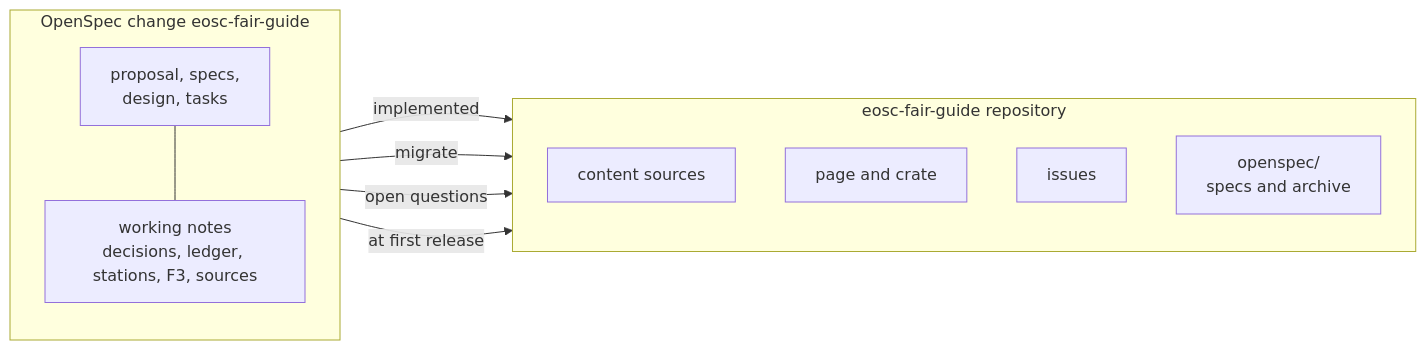
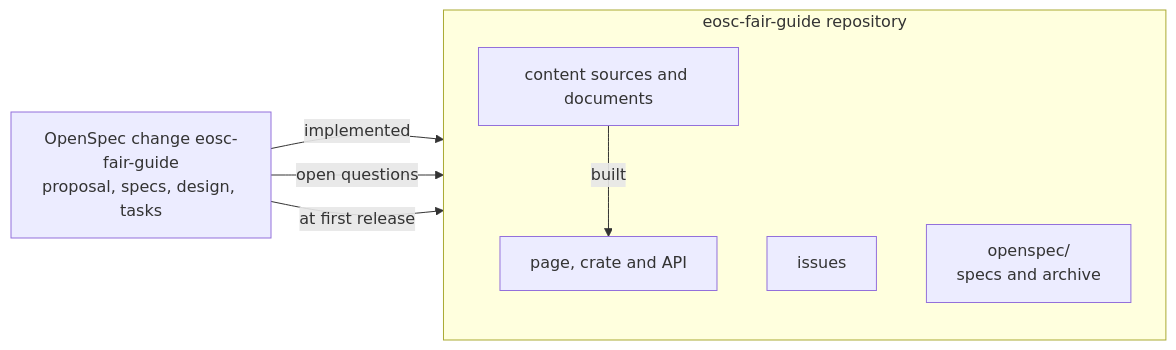
One commit to dsw-nrp/eosc-fair-guide changed the second of 7 diagrams in docs/design.md. Above: the diagram before and after it, drawn with Mermaid. The commit also changed other lines of this file and 298 other files, not shown here.

````diff
--- a/docs/design.md
+++ b/docs/design.md
@@ -98,22 +96,17 @@
 ```mermaid
 flowchart LR
   accTitle: Planning record
-  accDescr: The OpenSpec change and its working notes feed this repository. The notes become content sources and issues, and at the first release the specs and the archived change move into the openspec folder here.
-  subgraph PLAN["OpenSpec change eosc-fair-guide"]
-    direction TB
-    CH["proposal, specs,<br/>design, tasks"]
-    NOTES["working notes<br/>decisions, ledger, stations, F3, sources"]
-    CH --- NOTES
-  end
+  accDescr: The OpenSpec change is implemented in this repository's content, code and documents; its open questions become issues; at the first release its specs and archive move into the openspec folder here.
+  CH["OpenSpec change eosc-fair-guide<br/>proposal, specs, design, tasks"]
   subgraph TOOL["eosc-fair-guide repository"]
     direction TB
-    SRC[content sources]
-    PAGE[page and crate]
+    SRC[content sources and documents]
+    PAGE[page, crate and API]
     ISS[issues]
     OS["openspec/<br/>specs and archive"]
   end
-  CH -- implemented --> PAGE
-  NOTES -- migrate --> SRC
-  NOTES -- open questions --> ISS
+  CH -- implemented --> SRC
+  SRC -- built --> PAGE
+  CH -- open questions --> ISS
   CH -- at first release --> OS
 ```
````
